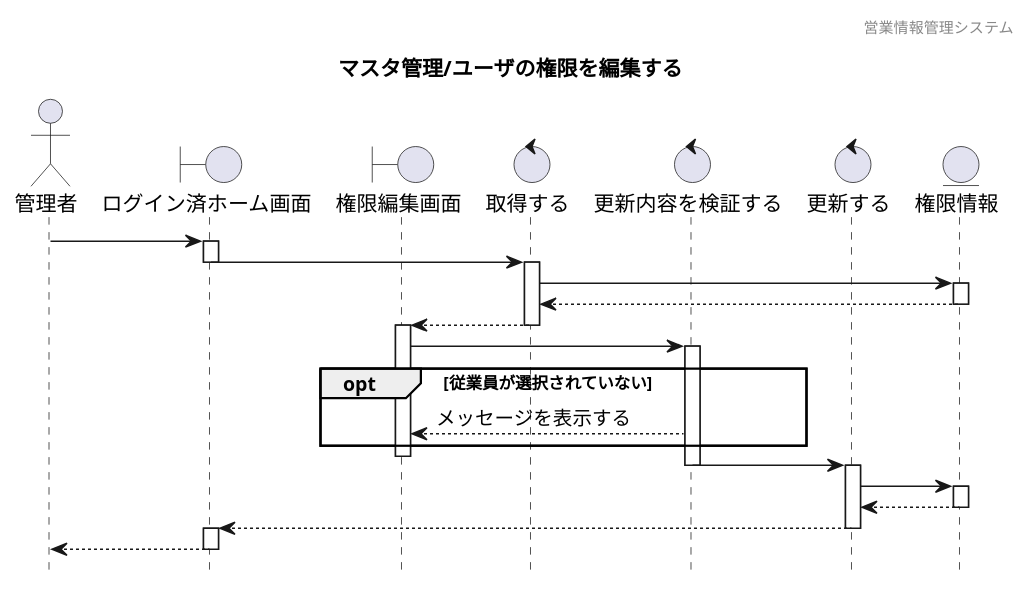
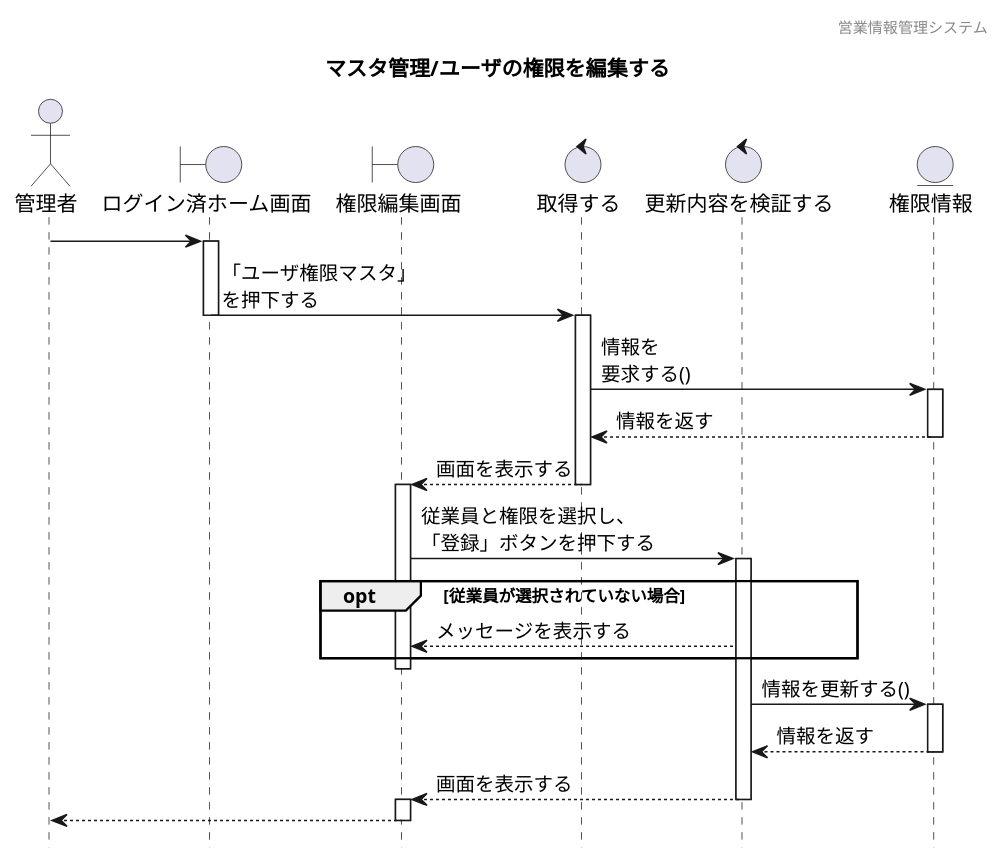
Before and after one commit to HaruShim/Sotuken: the diagram in 各種設計書/4シーケンス図/マスタ管理/3.ユーザ権限マスタ/ユーザ権限編集.wsd, drawn with PlantUML. The commit also changed 26 other files, not shown here.

```diff
--- a/各種設計書/4シーケンス図/マスタ管理/3.ユーザ権限マスタ/ユーザ権限編集.wsd
+++ b/各種設計書/4シーケンス図/マスタ管理/3.ユーザ権限マスタ/ユーザ権限編集.wsd
@@ -1,53 +1,49 @@
 @startuml sequence
 
 hide footbox
 header 営業情報管理システム
 title マスタ管理/ユーザの権限を編集する
 
 ' actor "" as 
 actor "管理者" as a1
 
 ' boundary "" as
 boundary "ログイン済ホーム画面" as b1
 boundary "権限編集画面" as b2 
 
 ' control "" as
 control "取得する" as c1 
 control "更新内容を検証する" as c2
-control "更新する" as c3
 
 ' entity "" as
 entity "権限情報" as e1
 
 a1 -> b1
 activate b1
-b1 -> c1
+b1 -> c1:「ユーザ権限マスタ」\nを押下する
 deactivate b1
 activate c1
-c1 -> e1
+c1 -> e1:情報を\n要求する()
 activate e1
-e1 --> c1
+e1 --> c1:情報を返す
 deactivate e1
-c1 --> b2
+c1 --> b2:画面を表示する
 deactivate c1
 activate b2
-b2 -> c2
+b2 -> c2:従業員と権限を選択し、\n「登録」ボタンを押下する
 activate c2
-opt 従業員が選択されていない
+opt 従業員が選択されていない場合
 c2 --> b2 : メッセージを表示する
 end
 deactivate b2
-c2 -> c3
+c2 -> e1: 情報を更新する()
+activate e1
+e1 --> c2:情報を返す
+deactivate e1
+c2 --> b2: 画面を表示する
 deactivate c2
-activate c3
-c3 -> e1
-activate e1
-e1 --> c3
-deactivate e1
-c3 --> b1
-deactivate c3
-activate b1
-b1 --> a1
-deactivate b1
+activate b2
+b2 --> a1
+deactivate b2
 
 @enduml
```
